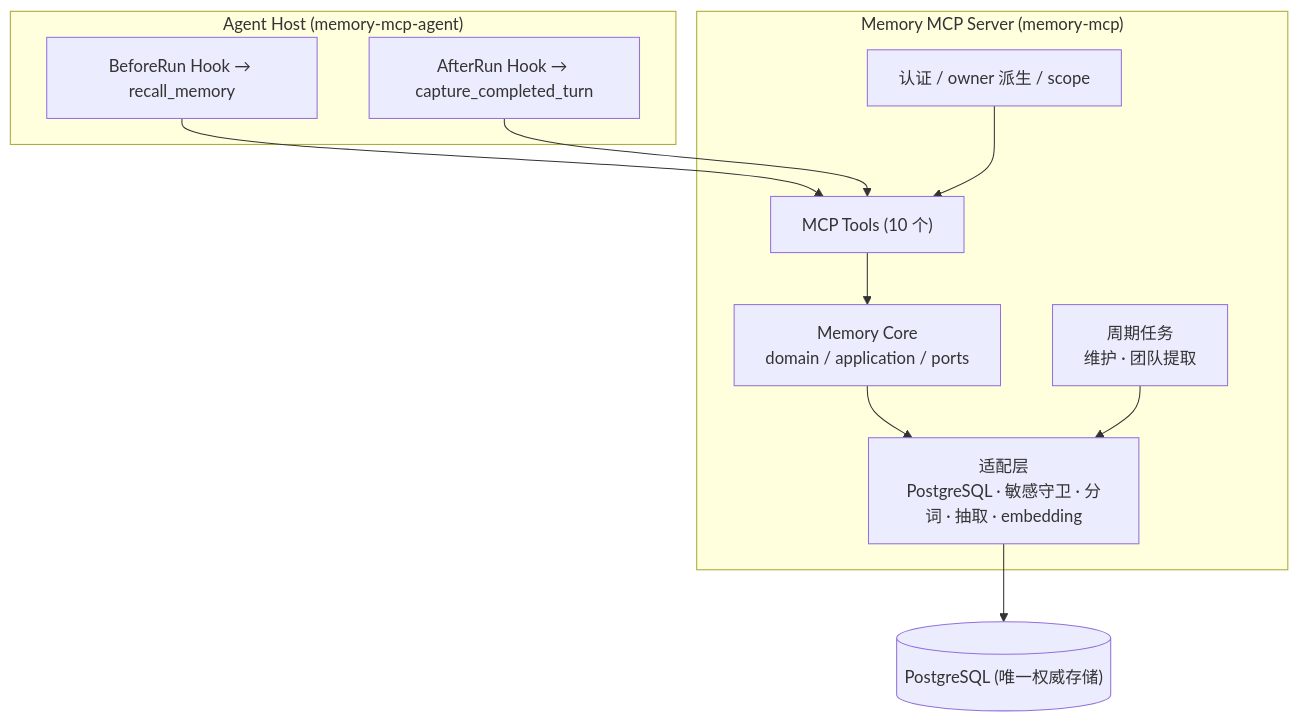
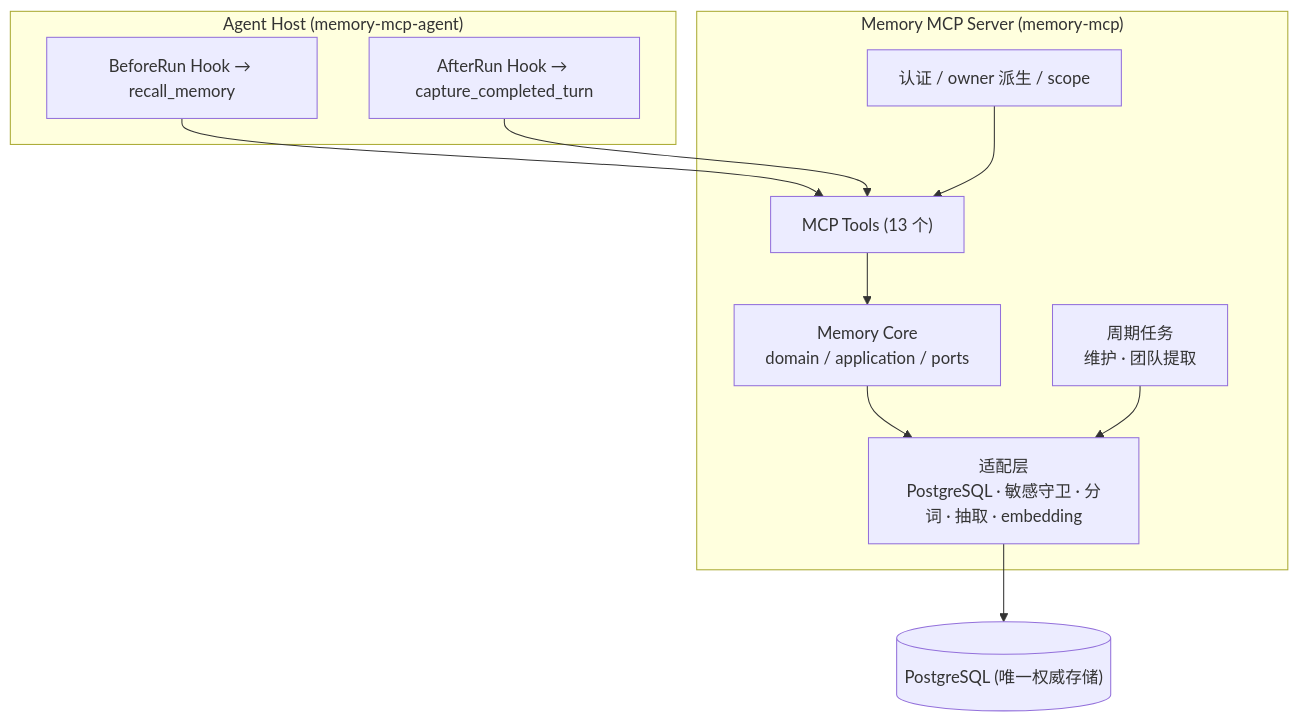
One commit to dxiaosen/memory-mcp changed the diagram in README.md. Above: the diagram before and after it, drawn with Mermaid. The commit also changed other lines of this file and 13 other files, not shown here.

````diff
--- a/README.md
+++ b/README.md
@@ -32,22 +32,22 @@
 ```mermaid
 flowchart TD
     subgraph AgentHost["Agent Host (memory-mcp-agent)"]
         BR["BeforeRun Hook → recall_memory"]
         AR["AfterRun Hook → capture_completed_turn"]
     end
     subgraph Server["Memory MCP Server (memory-mcp)"]
         AUTH["认证 / owner 派生 / scope"]
-        TOOLS["MCP Tools (10 个)"]
+        TOOLS["MCP Tools (13 个)"]
         CORE["Memory Core<br/>domain / application / ports"]
         ADAPT["适配层<br/>PostgreSQL · 敏感守卫 · 分词 · 抽取 · embedding"]
         MAINT["周期任务<br/>维护 · 团队提取"]
     end
     PG[("PostgreSQL (唯一权威存储)")]
     BR --> TOOLS
     AR --> TOOLS
     AUTH --> TOOLS
     TOOLS --> CORE
     CORE --> ADAPT
     ADAPT --> PG
     MAINT --> ADAPT
 ```
````
